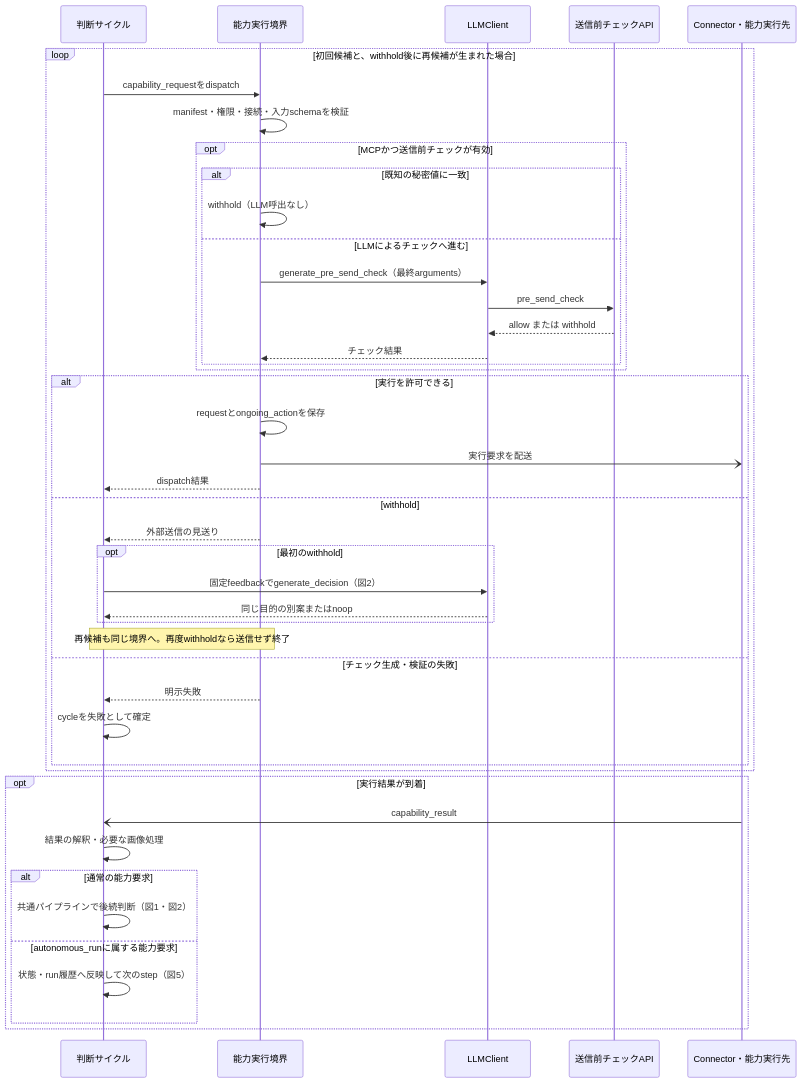
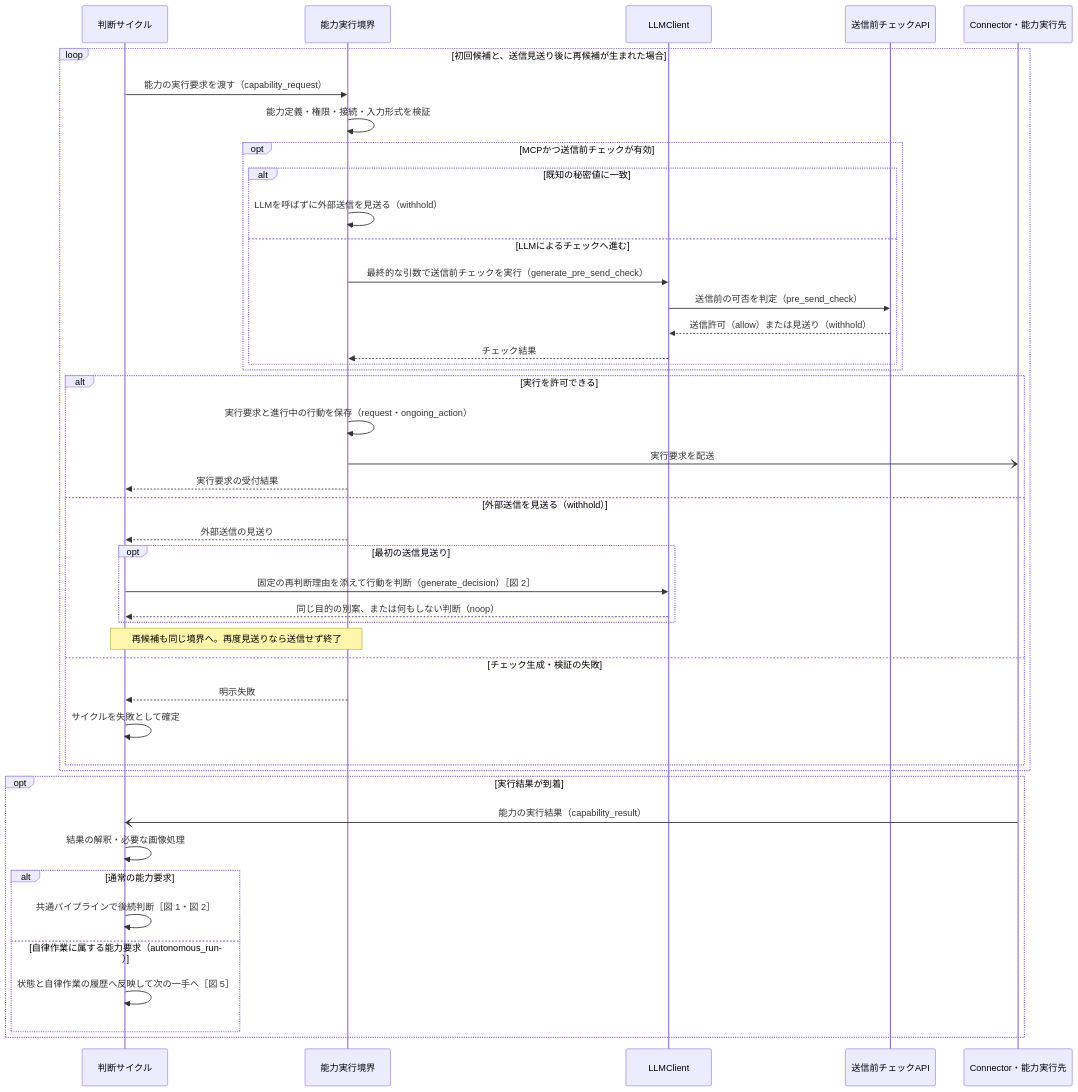
Before and after one commit to hirona98/OtomeKairo: the third of 7 diagrams in docs/design/llm/LLM呼び出しシーケンス.md, drawn with Mermaid. The commit also changed other lines of this file, not shown here.

Commit message:
図1まで補足完了

````diff
--- a/docs/design/llm/LLM呼び出しシーケンス.md
+++ b/docs/design/llm/LLM呼び出しシーケンス.md
@@ -217,47 +198,47 @@
 ```mermaid
 sequenceDiagram
     participant C as 判断サイクル
     participant B as 能力実行境界
     participant L as LLMClient
     participant P as 送信前チェックAPI
     participant X as Connector・能力実行先
 
-    loop 初回候補と、withhold後に再候補が生まれた場合
-        C->>B: capability_requestをdispatch
-        B->>B: manifest・権限・接続・入力schemaを検証
+    loop 初回候補と、送信見送り後に再候補が生まれた場合
+        C->>B: 能力の実行要求を渡す（capability_request）
+        B->>B: 能力定義・権限・接続・入力形式を検証
         opt MCPかつ送信前チェックが有効
             alt 既知の秘密値に一致
-                B->>B: withhold（LLM呼出なし）
+                B->>B: LLMを呼ばずに外部送信を見送る（withhold）
             else LLMによるチェックへ進む
-                B->>L: generate_pre_send_check（最終arguments）
-                L->>P: pre_send_check
-                P-->>L: allow または withhold
+                B->>L: 最終的な引数で送信前チェックを実行（generate_pre_send_check）
+                L->>P: 送信前の可否を判定（pre_send_check）
+                P-->>L: 送信許可（allow）または見送り（withhold）
                 L-->>B: チェック結果
             end
         end
         alt 実行を許可できる
-            B->>B: requestとongoing_actionを保存
+            B->>B: 実行要求と進行中の行動を保存（request・ongoing_action）
             B-)X: 実行要求を配送
-            B-->>C: dispatch結果
-        else withhold
+            B-->>C: 実行要求の受付結果
+        else 外部送信を見送る（withhold）
             B-->>C: 外部送信の見送り
-            opt 最初のwithhold
-                C->>L: 固定feedbackでgenerate_decision（図2）
-                L-->>C: 同じ目的の別案またはnoop
+            opt 最初の送信見送り
+                C->>L: 固定の再判断理由を添えて行動を判断（generate_decision）［図 2］
+                L-->>C: 同じ目的の別案、または何もしない判断（noop）
             end
-            Note over C,B: 再候補も同じ境界へ。再度withholdなら送信せず終了
+            Note over C,B: 再候補も同じ境界へ。再度見送りなら送信せず終了
         else チェック生成・検証の失敗
             B-->>C: 明示失敗
-            C->>C: cycleを失敗として確定
+            C->>C: サイクルを失敗として確定
         end
     end
     opt 実行結果が到着
-        X-)C: capability_result
+        X-)C: 能力の実行結果（capability_result）
         C->>C: 結果の解釈・必要な画像処理
         alt 通常の能力要求
-            C->>C: 共通パイプラインで後続判断（図1・図2）
-        else autonomous_runに属する能力要求
-            C->>C: 状態・run履歴へ反映して次のstep（図5）
+            C->>C: 共通パイプラインで後続判断［図 1・図 2］
+        else 自律作業に属する能力要求（autonomous_run）
+            C->>C: 状態と自律作業の履歴へ反映して次の一手へ［図 5］
         end
     end
 ```
````
